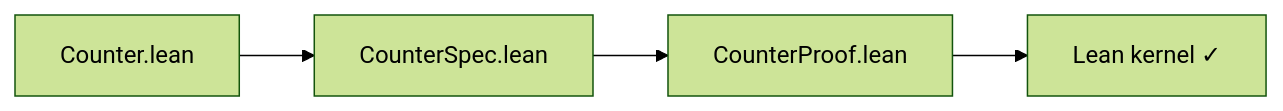
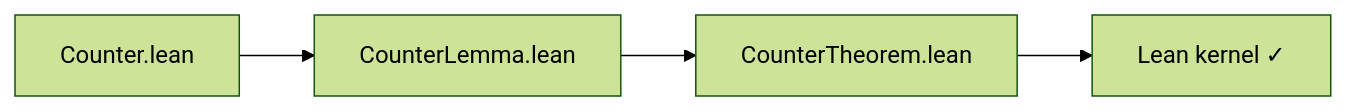
One commit to prevostc/lsc changed the diagram in lsc-spec.md. Above: the diagram before and after it, drawn with Mermaid (forest theme). The commit also changed other lines of this file and 2 other files, not shown here.

````diff
--- a/lsc-spec.md
+++ b/lsc-spec.md
@@ -127,6 +88,6 @@
 ```mermaid
 flowchart LR
-  Contract[Counter.lean] --> Spec[CounterSpec.lean]
-  Spec --> Proof[CounterProof.lean]
-  Proof --> Kernel[Lean kernel ✓]
+  Contract[Counter.lean] --> Lemma[CounterLemma.lean]
+  Lemma --> Theorem[CounterTheorem.lean]
+  Theorem --> Kernel[Lean kernel ✓]
 ```
````
